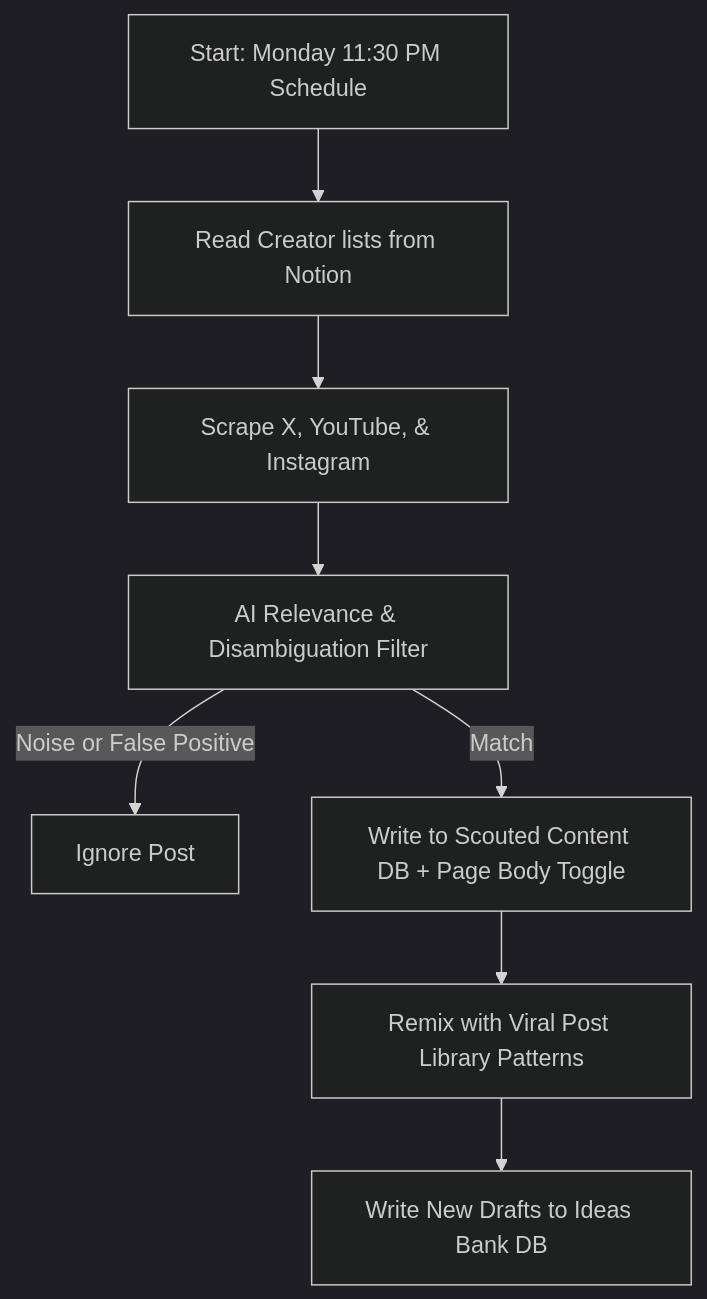
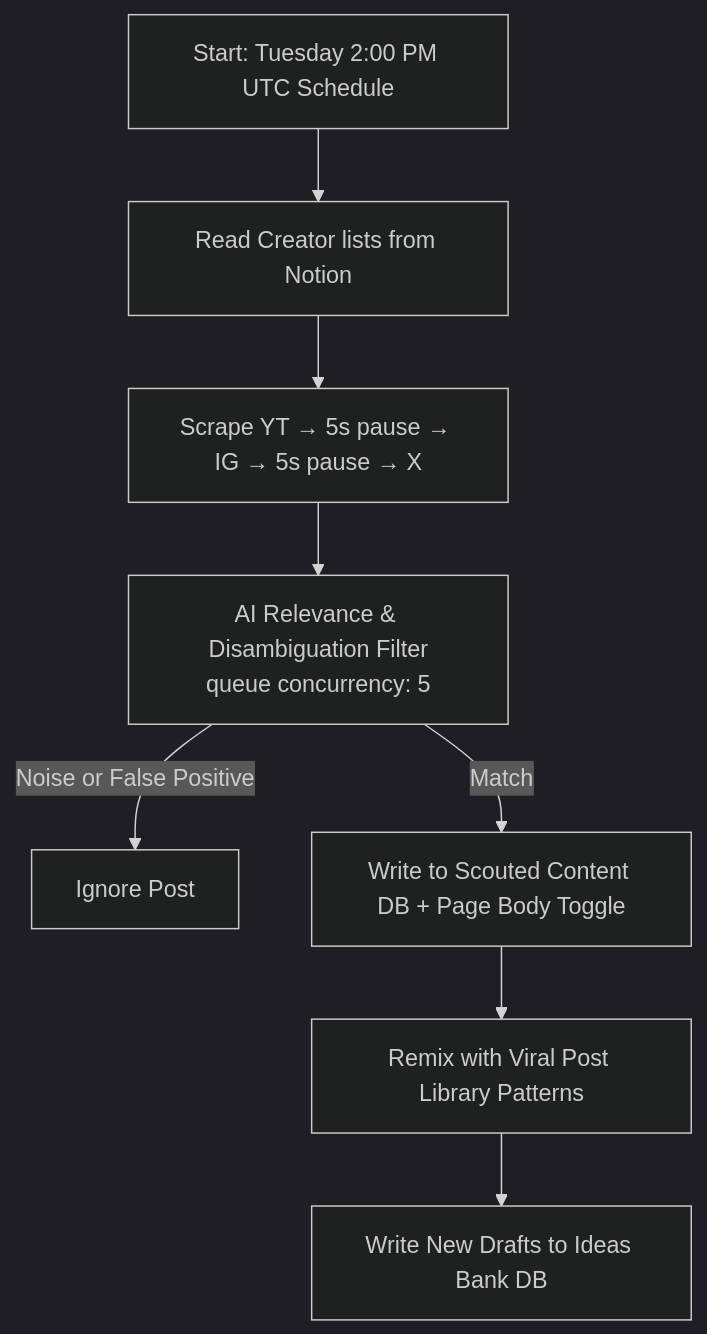
Before and after one commit to icaruschan/Idea-Scout: the diagram in README.md, drawn with Mermaid (dark theme). The commit also changed other lines of this file and 1 other file, not shown here.

Commit message:
docs: update RECAP and README with concurrency controls, schedule, and production checklist

````diff
--- a/README.md
+++ b/README.md
@@ -21,10 +21,10 @@
 ```mermaid
 graph TD
-    A[Start: Monday 11:30 PM Schedule] --> B[Read Creator lists from Notion]
-    B --> C[Scrape X, YouTube, & Instagram]
-    C --> D[AI Relevance & Disambiguation Filter]
+    A[Start: Tuesday 2:00 PM UTC Schedule] --> B[Read Creator lists from Notion]
+    B --> C[Scrape YT → 5s pause → IG → 5s pause → X]
+    C --> D[AI Relevance & Disambiguation Filter<br/>queue concurrency: 5]
     D -->|Noise or False Positive| E[Ignore Post]
     D -->|Match| G[Write to Scouted Content DB + Page Body Toggle]
     G --> H[Remix with Viral Post Library Patterns]
     H --> I[Write New Drafts to Ideas Bank DB]
 ```
````
